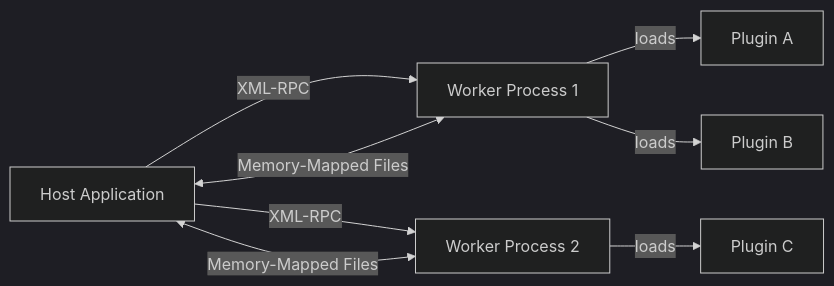
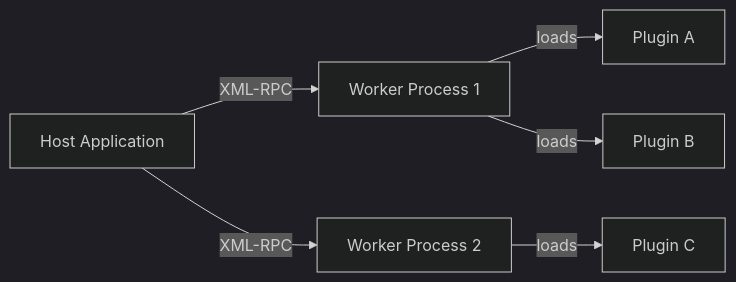
Before and after one commit to vxlk/evoker: the diagram in doc/docs/intro.md, drawn with Mermaid (dark theme). The commit also changed other lines of this file and 10 other files, not shown here.

````diff
--- a/doc/docs/intro.md
+++ b/doc/docs/intro.md
@@ -17,10 +17,8 @@
 ```mermaid
 graph LR
   Host["Host Application"] -->|XML-RPC| Worker1["Worker Process 1"]
   Host -->|XML-RPC| Worker2["Worker Process 2"]
   Worker1 -->|loads| P1["Plugin A"]
   Worker1 -->|loads| P2["Plugin B"]
   Worker2 -->|loads| P3["Plugin C"]
-  Host <-->|Memory-Mapped Files| Worker1
-  Host <-->|Memory-Mapped Files| Worker2
 ```
````
